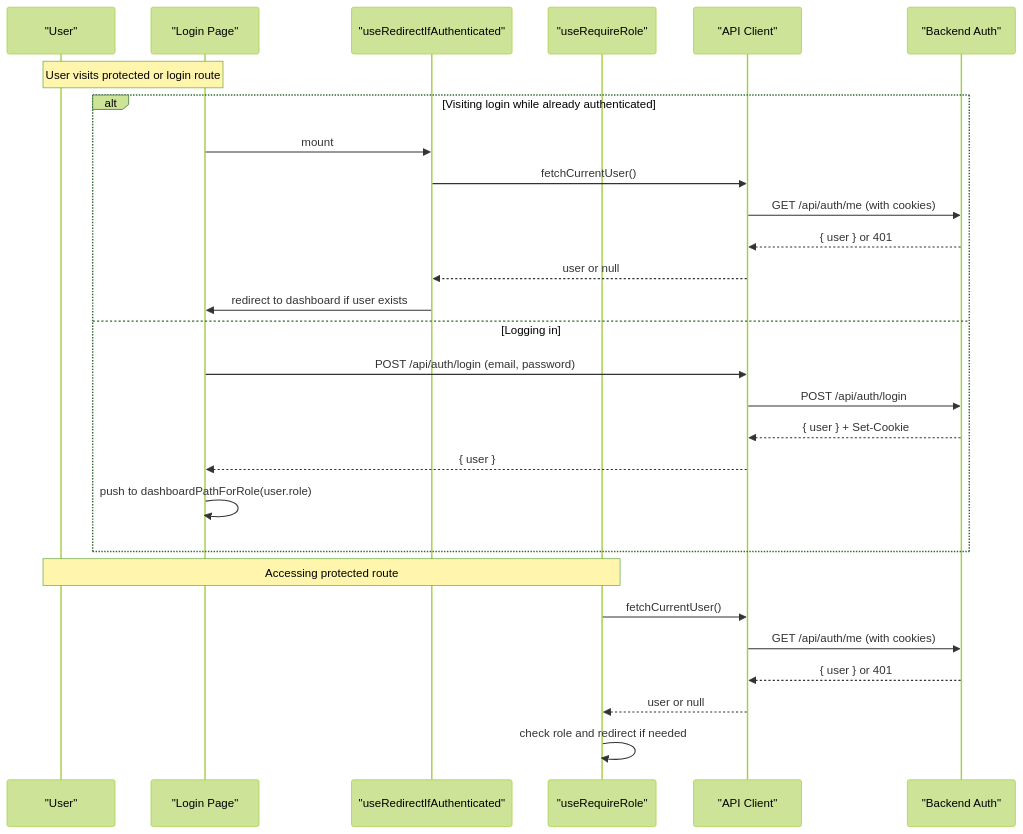
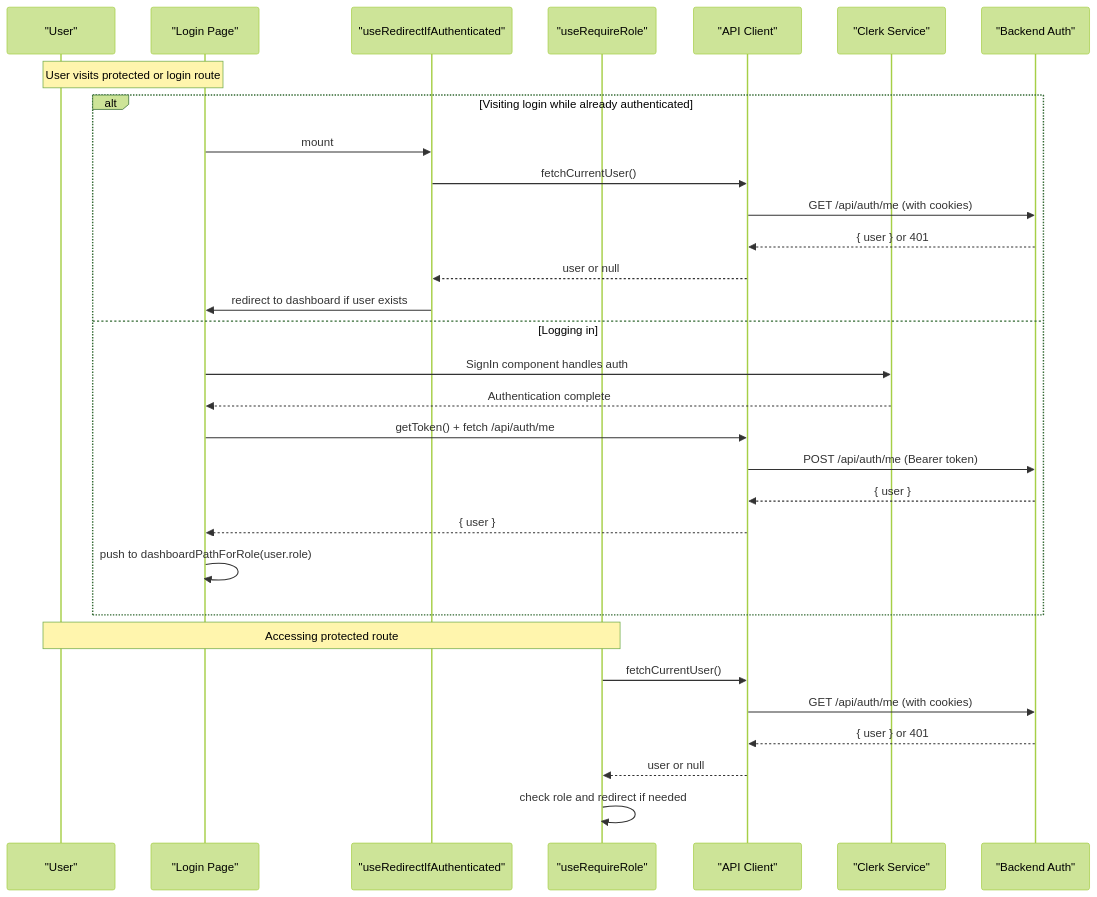
Before and after one commit to ZandileMkontwana/olympiad-portal: the second of 3 diagrams in .qoder/repowiki/en/content/Authentication & Authorization/Client-Side Authentication Handling.md, drawn with Mermaid (forest theme). The commit also changed other lines of this file and 16 other files, not shown here.

Commit message:
fix: test(backend): update tests for Clerk auth and Supabase storage

````diff
--- a/.qoder/repowiki/en/content/Authentication & Authorization/Client-Side Authentication Handling.md
+++ b/.qoder/repowiki/en/content/Authentication & Authorization/Client-Side Authentication Handling.md
@@ -112,30 +160,33 @@
 ```mermaid
 sequenceDiagram
 participant U as "User"
 participant L as "Login Page"
 participant R as "useRedirectIfAuthenticated"
 participant Q as "useRequireRole"
 participant A as "API Client"
+participant C as "Clerk Service"
 participant S as "Backend Auth"
 Note over U,L : User visits protected or login route
 alt Visiting login while already authenticated
 L->>R : mount
 R->>A : fetchCurrentUser()
 A->>S : GET /api/auth/me (with cookies)
 S-->>A : { user } or 401
 A-->>R : user or null
 R->>L : redirect to dashboard if user exists
 else Logging in
-L->>A : POST /api/auth/login (email, password)
-A->>S : POST /api/auth/login
-S-->>A : { user } + Set-Cookie
+L->>C : SignIn component handles auth
+C-->>L : Authentication complete
+L->>A : getToken() + fetch /api/auth/me
+A->>S : POST /api/auth/me (Bearer token)
+S-->>A : { user }
 A-->>L : { user }
 L->>L : push to dashboardPathForRole(user.role)
 end
 Note over U,Q : Accessing protected route
 Q->>A : fetchCurrentUser()
 A->>S : GET /api/auth/me (with cookies)
 S-->>A : { user } or 401
 A-->>Q : user or null
 Q->>Q : check role and redirect if needed
 ```
````
